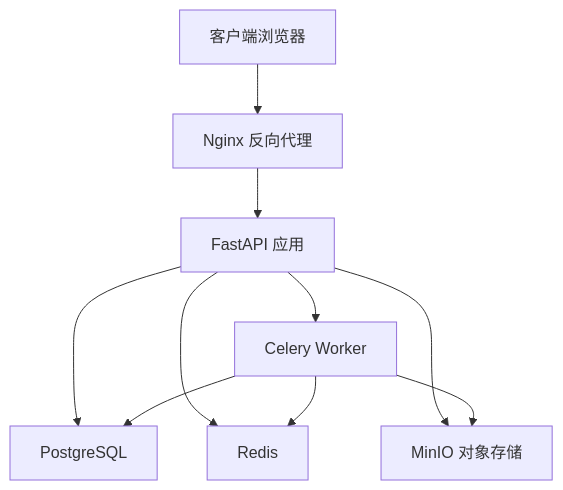
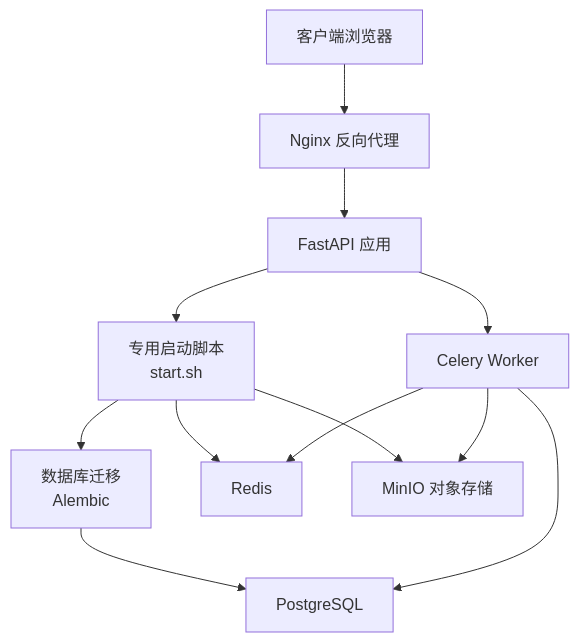
The second of 5 diagrams in .qoder/repowiki/zh/content/部署和运维/部署脚本和自动化.md (selectzhangyuan/AI-photo-coach), drawn with Mermaid before and after one commit. The commit also changed other lines of this file and 28 other files, not shown here.

````diff
--- a/.qoder/repowiki/zh/content/部署和运维/部署脚本和自动化.md
+++ b/.qoder/repowiki/zh/content/部署和运维/部署脚本和自动化.md
@@ -94,12 +114,14 @@
 ```mermaid
 graph TB
 CLIENT["客户端浏览器"] --> NGINX["Nginx 反向代理"]
 NGINX --> API["FastAPI 应用"]
-API --> PG["PostgreSQL"]
-API --> REDIS["Redis"]
-API --> MINIO["MinIO 对象存储"]
+API --> START["专用启动脚本<br/>start.sh"]
+START --> MIGRATE["数据库迁移<br/>Alembic"]
+MIGRATE --> PG["PostgreSQL"]
+START --> REDIS["Redis"]
+START --> MINIO["MinIO 对象存储"]
 API --> CELERY["Celery Worker"]
 CELERY --> PG
 CELERY --> REDIS
 CELERY --> MINIO
 ```
````
